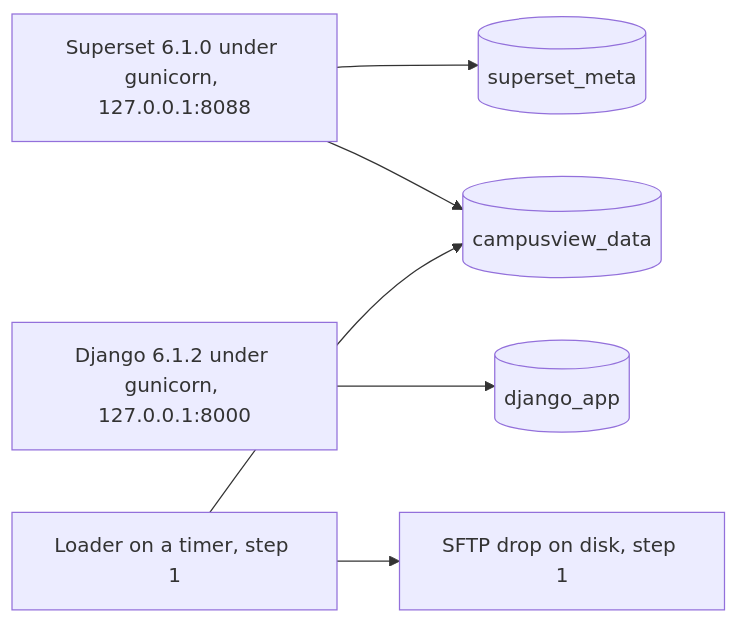
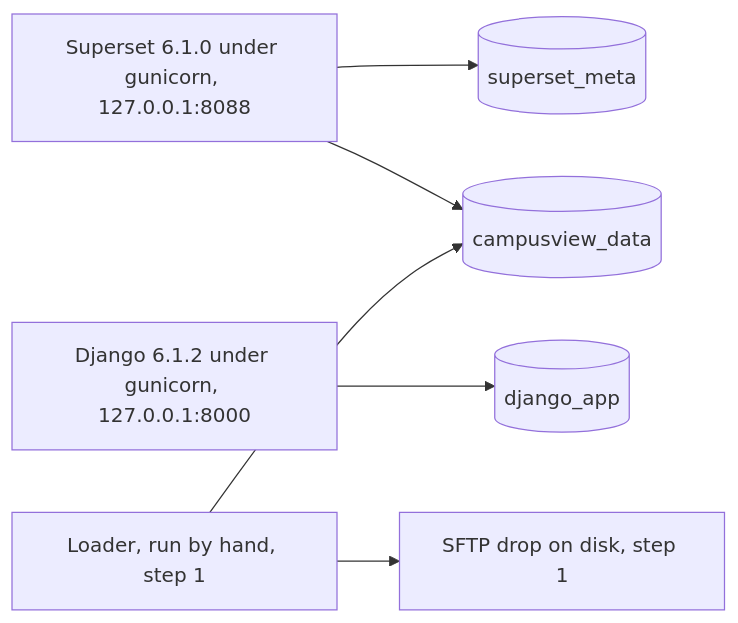
Before and after one commit to adukes40/campusview: the second of 2 diagrams in docs/ARCHITECTURE.md, drawn with Mermaid. The commit also changed other lines of this file and 11 other files, not shown here.

````diff
--- a/docs/ARCHITECTURE.md
+++ b/docs/ARCHITECTURE.md
@@ -164,16 +166,16 @@
 ```mermaid
 flowchart LR
   ss[Superset 6.1.0 under gunicorn, 127.0.0.1:8088]
   dj[Django 6.1.2 under gunicorn, 127.0.0.1:8000]
   meta[(superset_meta)]
   djdb[(django_app)]
   data[(campusview_data)]
-  loader[Loader on a timer, step 1]
+  loader[Loader, run by hand, step 1]
   drop[SFTP drop on disk, step 1]
 
   ss --> meta
   ss --> data
   dj --> djdb
   loader --> drop
   loader --> data
 ```
````
